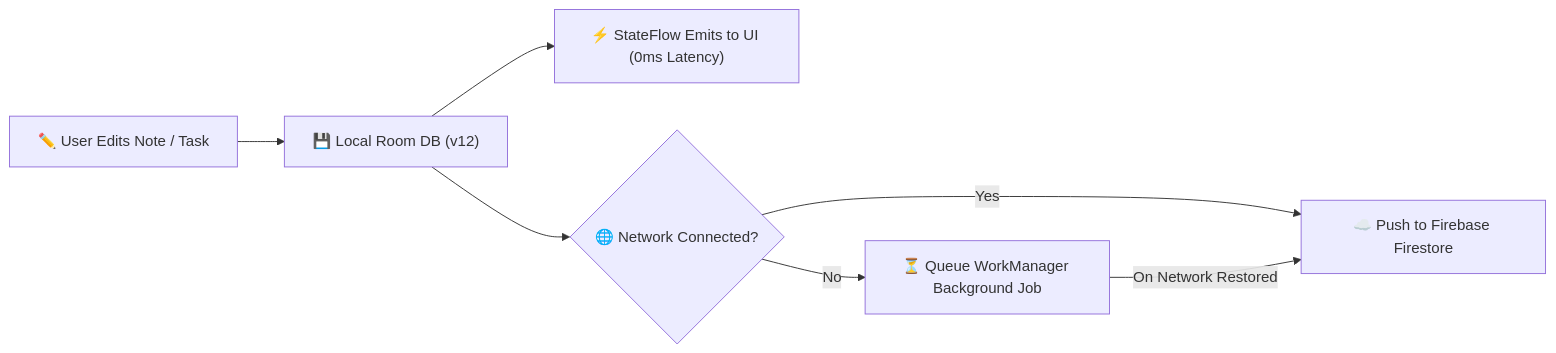
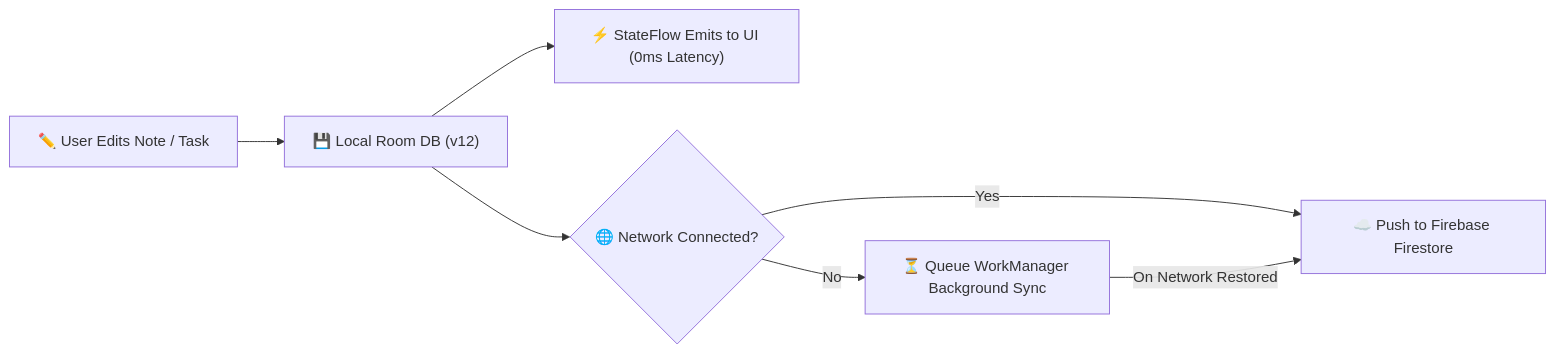
The second of 2 diagrams in README.md (akashray398/CogniTask-AI), drawn with Mermaid before and after one commit. The commit also changed other lines of this file, not shown here.

````diff
--- a/README.md
+++ b/README.md
@@ -99,9 +82,9 @@
 ```mermaid
 flowchart LR
     A["✏️ User Edits Note / Task"] --> B["💾 Local Room DB (v12)"]
     B --> C["⚡ StateFlow Emits to UI (0ms Latency)"]
     B --> D{"🌐 Network Connected?"}
     D -- Yes --> E["☁️ Push to Firebase Firestore"]
-    D -- No --> F["⏳ Queue WorkManager Background Job"]
+    D -- No --> F["⏳ Queue WorkManager Background Sync"]
     F --> |On Network Restored| E
 ```
````
